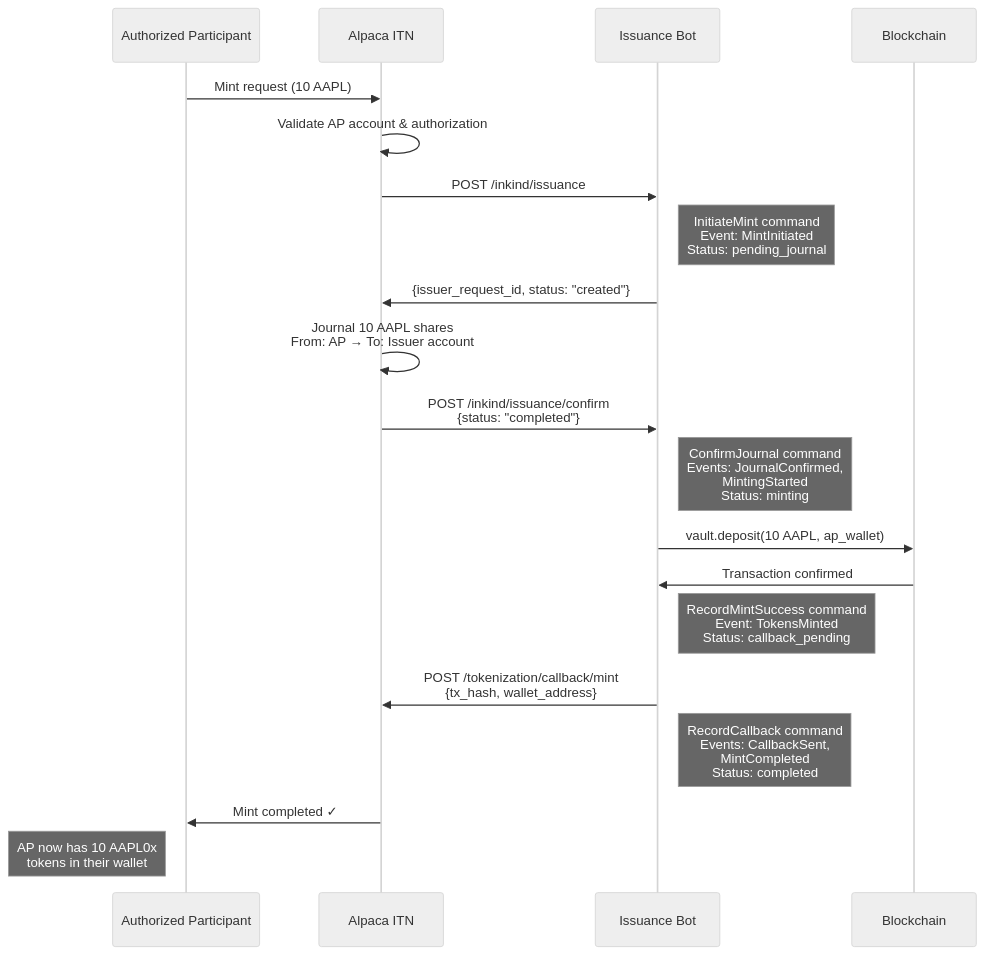
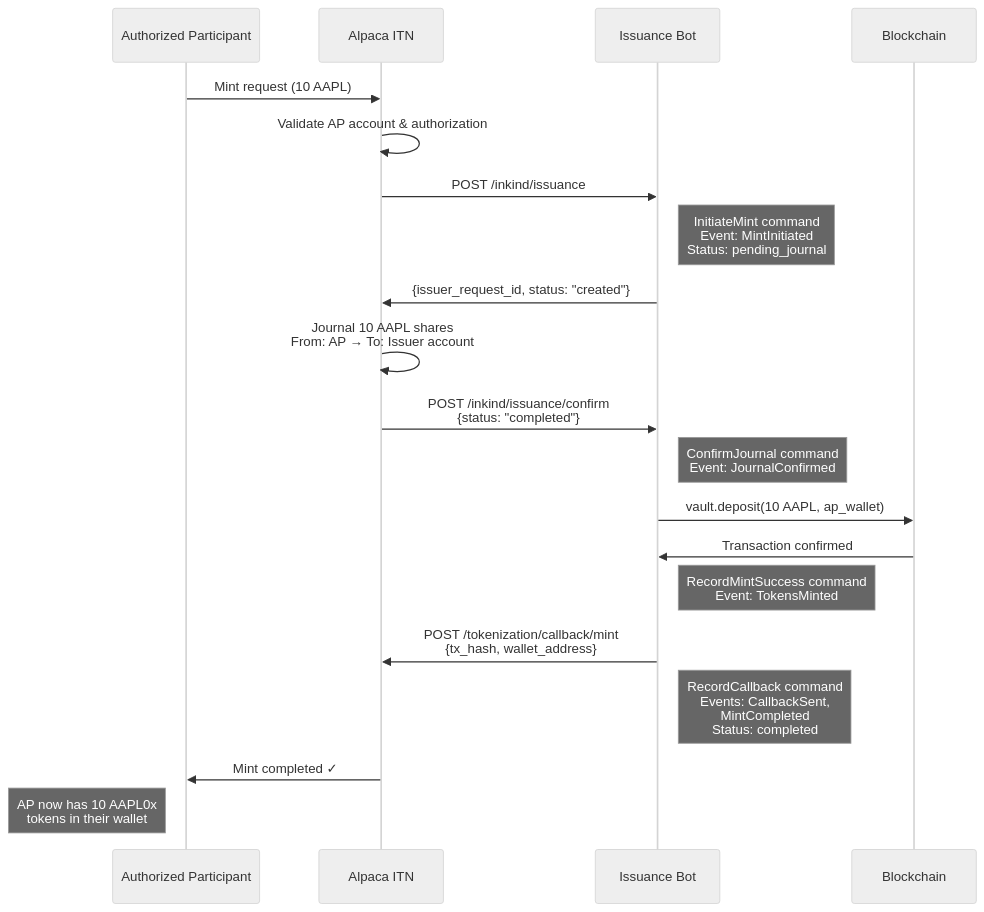
Before and after one commit to ST0x-Technology/st0x.issuance: the second of 6 diagrams in SPEC.md, drawn with Mermaid (neutral theme). The commit also changed other lines of this file, not shown here.

````diff
--- a/SPEC.md
+++ b/SPEC.md
@@ -455,27 +454,27 @@
 ```mermaid
 sequenceDiagram
     participant AP as Authorized Participant
     participant Alpaca as Alpaca ITN
     participant Us as Issuance Bot
     participant Blockchain as Blockchain
 
     AP->>Alpaca: Mint request (10 AAPL)
     Alpaca->>Alpaca: Validate AP account & authorization
     Alpaca->>Us: POST /inkind/issuance
     Note right of Us: InitiateMint command<br/>Event: MintInitiated<br/>Status: pending_journal
     Us->>Alpaca: {issuer_request_id, status: "created"}
 
     Alpaca->>Alpaca: Journal 10 AAPL shares<br/>From: AP → To: Issuer account
     Alpaca->>Us: POST /inkind/issuance/confirm<br/>{status: "completed"}
-    Note right of Us: ConfirmJournal command<br/>Events: JournalConfirmed,<br/>MintingStarted<br/>Status: minting
+    Note right of Us: ConfirmJournal command<br/>Event: JournalConfirmed
 
     Us->>Blockchain: vault.deposit(10 AAPL, ap_wallet)
     Blockchain->>Us: Transaction confirmed
-    Note right of Us: RecordMintSuccess command<br/>Event: TokensMinted<br/>Status: callback_pending
+    Note right of Us: RecordMintSuccess command<br/>Event: TokensMinted
 
     Us->>Alpaca: POST /tokenization/callback/mint<br/>{tx_hash, wallet_address}
     Note right of Us: RecordCallback command<br/>Events: CallbackSent,<br/>MintCompleted<br/>Status: completed
 
     Alpaca->>AP: Mint completed ✓
     Note left of AP: AP now has 10 AAPL0x<br/>tokens in their wallet
 ```
````
